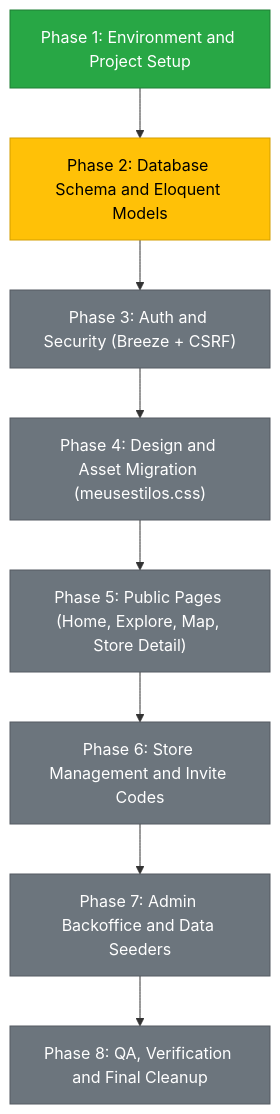
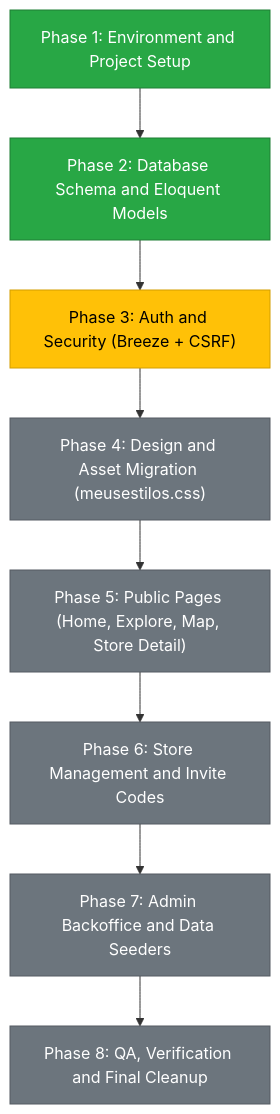
Before and after one commit to tiagopina17/C.A.M.: the diagram in MIGRATION.md, drawn with Mermaid. The commit also changed other lines of this file and 92 other files, not shown here.

Commit message:
feat: complete Phase 2 database schema and Eloquent models

````diff
--- a/MIGRATION.md
+++ b/MIGRATION.md
@@ -34,14 +34,14 @@
 ```mermaid
 flowchart TD
-    D1["Phase 1: Environment and Project Setup"]:::done --> D2["Phase 2: Database Schema and Eloquent Models"]:::active
-    D2 --> D3["Phase 3: Auth and Security (Breeze + CSRF)"]:::pending
+    D1["Phase 1: Environment and Project Setup"]:::done --> D2["Phase 2: Database Schema and Eloquent Models"]:::done
+    D2 --> D3["Phase 3: Auth and Security (Breeze + CSRF)"]:::active
     D3 --> D4["Phase 4: Design and Asset Migration (meusestilos.css)"]:::pending
     D4 --> D5["Phase 5: Public Pages (Home, Explore, Map, Store Detail)"]:::pending
     D5 --> D6["Phase 6: Store Management and Invite Codes"]:::pending
     D6 --> D7["Phase 7: Admin Backoffice and Data Seeders"]:::pending
     D7 --> D8["Phase 8: QA, Verification and Final Cleanup"]:::pending
 
     classDef done fill:#28a745,stroke:#1e7e34,color:white;
     classDef active fill:#ffc107,stroke:#d39e00,color:black;
     classDef pending fill:#6c757d,stroke:#545b62,color:white;
 ```
````
